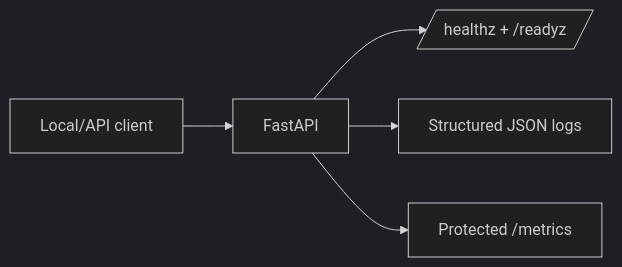
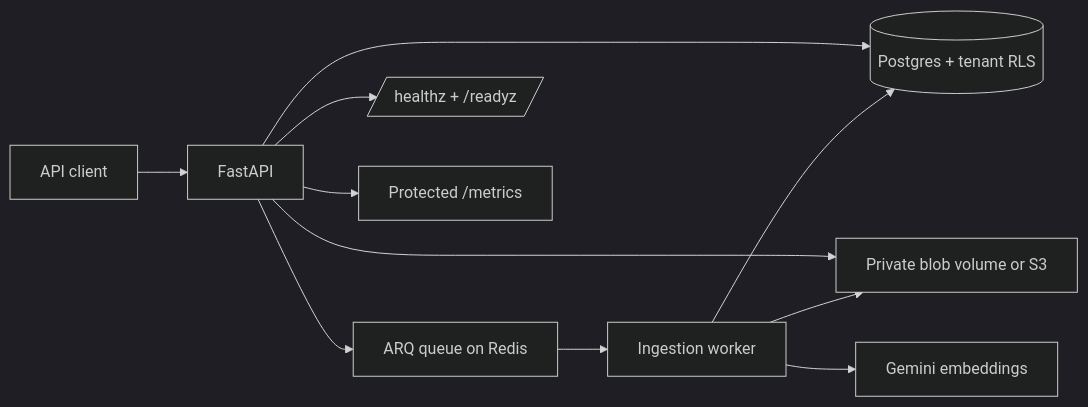
Before and after one commit to emmanuelmassawe/Enterprises-Rag-Platform: the diagram in README.md, drawn with Mermaid (dark theme). The commit also changed other lines of this file and 13 other files, not shown here.

First line of the commit message:
docs(ingestion): implement admin quarantine review API and audit trails

````diff
--- a/README.md
+++ b/README.md
@@ -21,7 +21,13 @@
 ```mermaid
 flowchart LR
-  Client[Local/API client] --> API[FastAPI]
+  Client[API client] --> API[FastAPI]
+  API --> DB[(Postgres + tenant RLS)]
+  API --> Blob[Private blob volume or S3]
+  API --> Queue[ARQ queue on Redis]
+  Queue --> Worker[Ingestion worker]
+  Worker --> DB
+  Worker --> Blob
+  Worker --> Gemini[Gemini embeddings]
   API --> Health[/healthz + /readyz/]
-  API --> Logs[Structured JSON logs]
   API --> Metrics[Protected /metrics]
 ```
````
